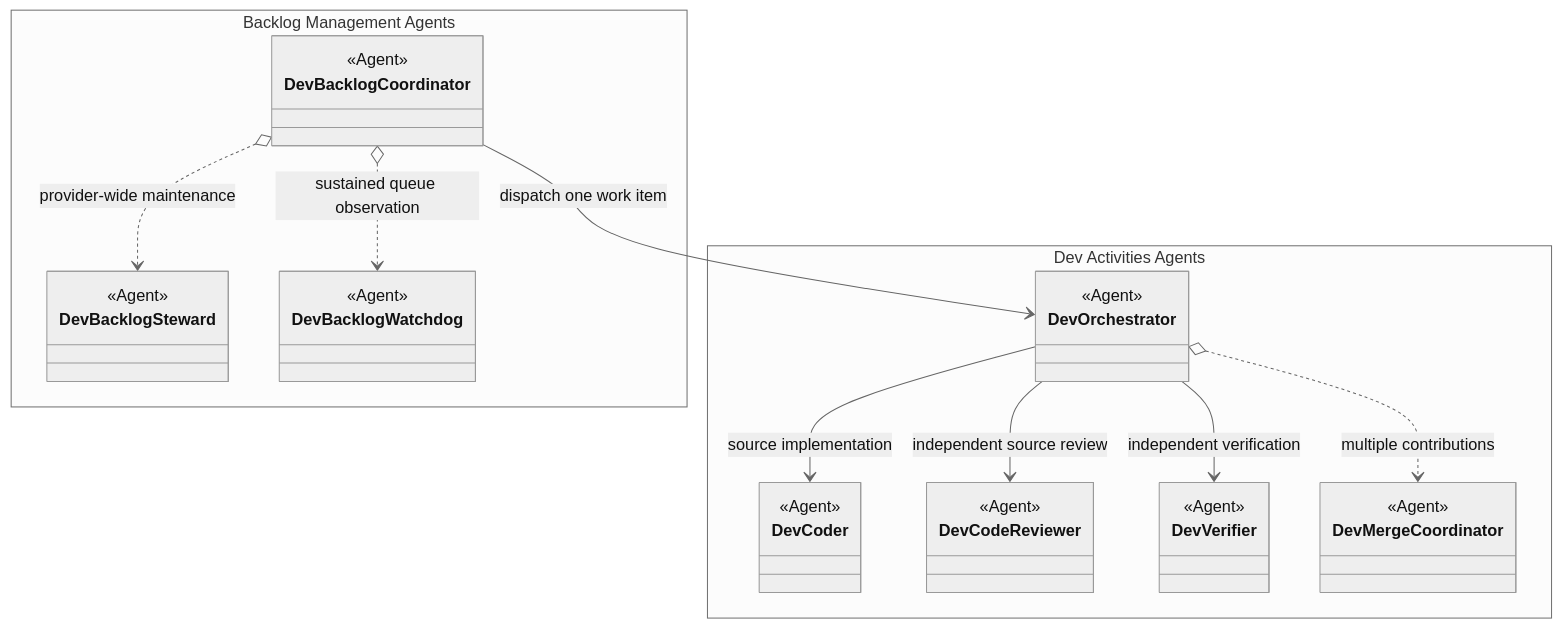
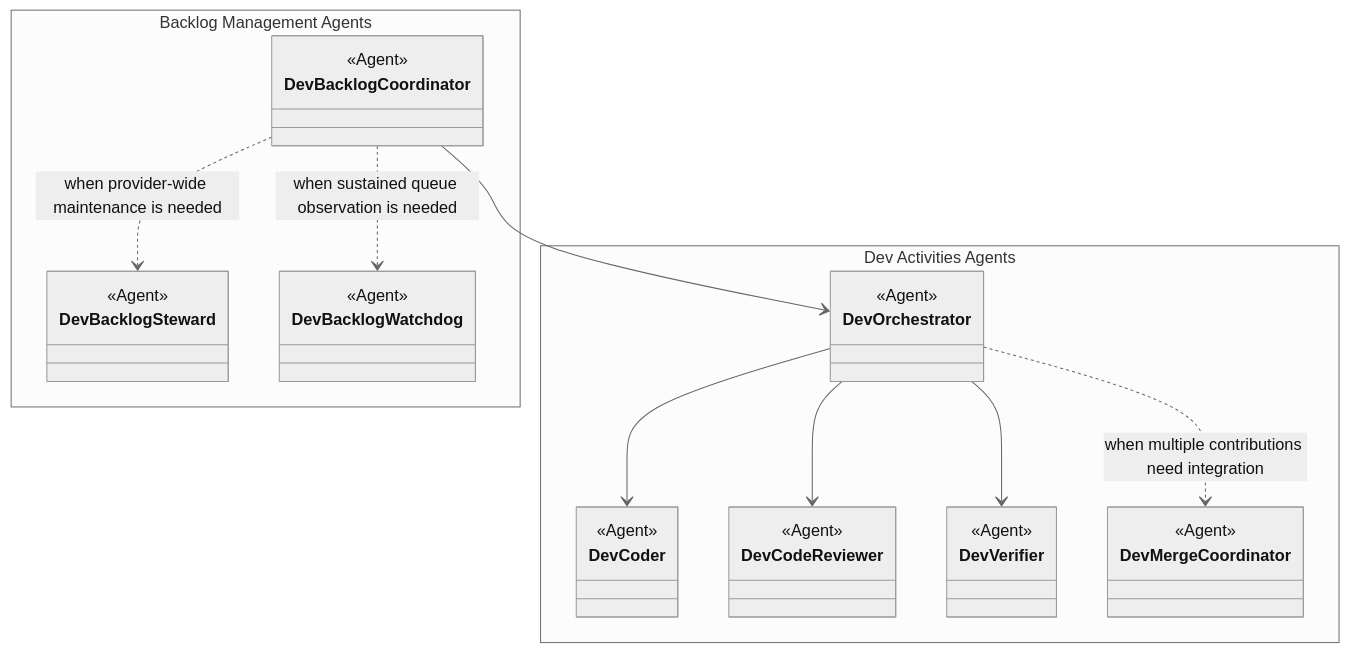
Before and after one commit to martinbechard/dev-methodology: the first of 6 diagrams in design/skill-groups/concurrent-tasking.md, drawn with Mermaid (neutral theme). The commit also changed other lines of this file and 8 other files, not shown here.

````diff
--- a/design/skill-groups/concurrent-tasking.md
+++ b/design/skill-groups/concurrent-tasking.md
@@ -21,48 +21,42 @@
 ```mermaid
 classDiagram
     direction TB
 
     namespace BacklogManagementAgents["Backlog Management Agents"] {
         class DevBacklogCoordinator {
             <<Agent>>
         }
-
         class DevBacklogSteward {
             <<Agent>>
         }
-
         class DevBacklogWatchdog {
             <<Agent>>
         }
     }
 
     namespace DevActivitiesAgents["Dev Activities Agents"] {
         class DevOrchestrator {
             <<Agent>>
         }
-
         class DevCoder {
             <<Agent>>
         }
-
         class DevCodeReviewer {
             <<Agent>>
         }
-
         class DevVerifier {
             <<Agent>>
         }
-
         class DevMergeCoordinator {
             <<Agent>>
         }
     }
 
-    DevBacklogCoordinator --> DevOrchestrator : dispatch one work item
-    DevBacklogCoordinator o..> DevBacklogSteward : provider-wide maintenance
-    DevBacklogCoordinator o..> DevBacklogWatchdog : sustained queue observation
-    DevOrchestrator --> DevCoder : source implementation
-    DevOrchestrator --> DevCodeReviewer : independent source review
-    DevOrchestrator --> DevVerifier : independent verification
-    DevOrchestrator o..> DevMergeCoordinator : multiple contributions
+    DevBacklogCoordinator --> DevOrchestrator
+    DevBacklogCoordinator ..> DevBacklogSteward : when provider-wide maintenance is needed
+    DevBacklogCoordinator ..> DevBacklogWatchdog : when sustained queue observation is needed
+    DevOrchestrator --> DevCoder
+    DevOrchestrator --> DevCodeReviewer
+    DevOrchestrator --> DevVerifier
+    DevOrchestrator ..> DevMergeCoordinator : when multiple contributions need integration
 ```
````
